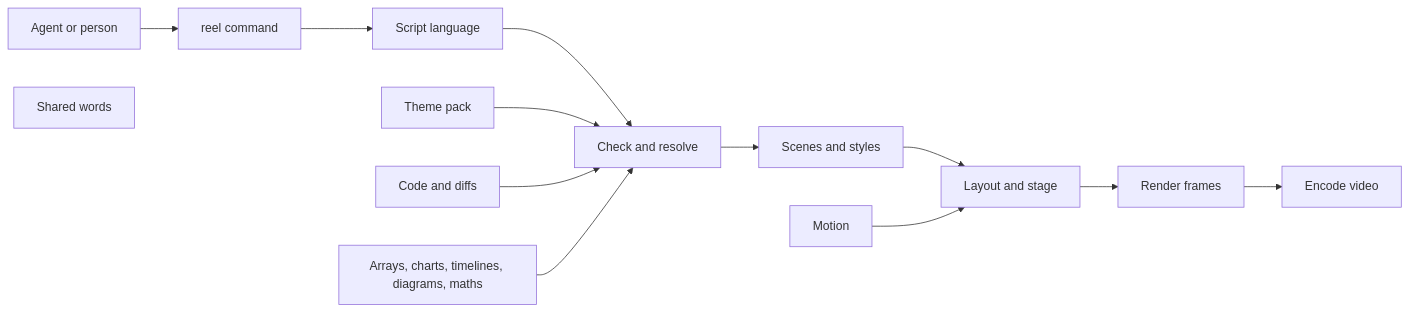
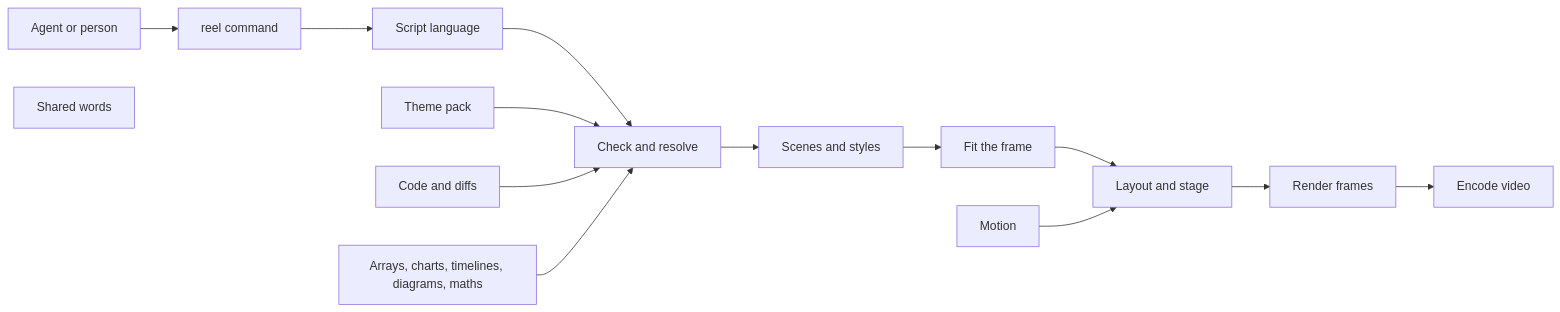
Before and after one commit to nessalabs/nessa-video: the diagram in docs/state/README.md, drawn with Mermaid. The commit also changed other lines of this file and 54 other files, not shown here.

````diff
--- a/docs/state/README.md
+++ b/docs/state/README.md
@@ -36,15 +37,16 @@
 ```mermaid
 flowchart LR
     Agent[Agent or person] --> CLI[reel command]
     CLI --> Script[Script language]
     Script --> Resolve[Check and resolve]
     Theme[Theme pack] --> Resolve
     Code[Code and diffs] --> Resolve
     Data[Arrays, charts, timelines, diagrams, maths] --> Resolve
     Resolve --> Composition[Scenes and styles]
-    Composition --> Stage[Layout and stage]
+    Composition --> Fit[Fit the frame]
+    Fit --> Stage[Layout and stage]
     Motion[Motion] --> Stage
     Stage --> Render[Render frames]
     Render --> Encode[Encode video]
     Words[Shared words]
 ```
````
